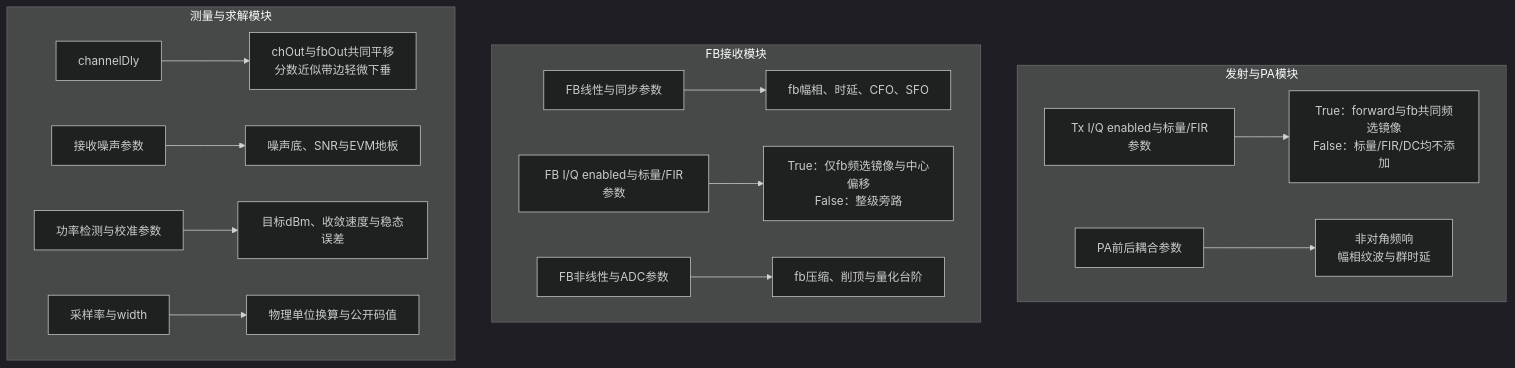
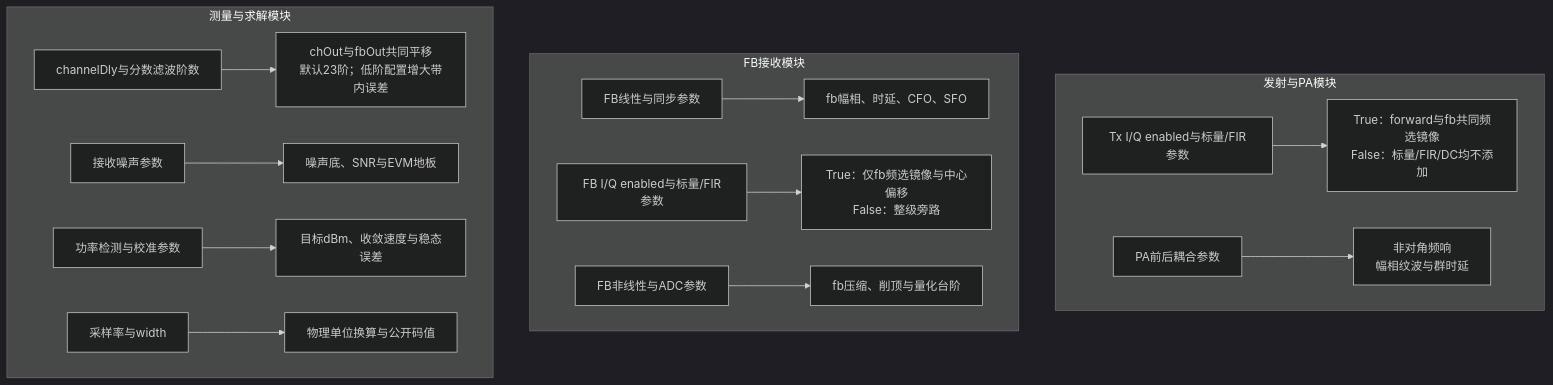
Before and after one commit to niyilu45/DPD_ILC: the sixth of 9 diagrams in doc/Channel.md, drawn with Mermaid (dark theme). The commit also changed other lines of this file and 6 other files, not shown here.

Commit message:
Improve Channel fractional delay accuracy

````diff
--- a/doc/Channel.md
+++ b/doc/Channel.md
@@ -1348,18 +1371,18 @@
 ```mermaid
 flowchart TB
     subgraph transmitter["发射与PA模块"]
         txIq["Tx I/Q enabled与标量/FIR参数"] --> txObs["True：forward与fb共同频选镜像<br/>False：标量/FIR/DC均不添加"]
         coupling["PA前后耦合参数"] --> couplingObs["非对角频响<br/>幅相纹波与群时延"]
     end
     subgraph feedback["FB接收模块"]
         fbSync["FB线性与同步参数"] --> syncObs["fb幅相、时延、CFO、SFO"]
         fbIq["FB I/Q enabled与标量/FIR参数"] --> fbIqObs["True：仅fb频选镜像与中心偏移<br/>False：整级旁路"]
         fbNonlinear["FB非线性与ADC参数"] --> fbNonlinearObs["fb压缩、削顶与量化台阶"]
     end
     subgraph measurement["测量与求解模块"]
-        commonDelay["channelDly"] --> delayObs["chOut与fbOut共同平移<br/>分数近似带边轻微下垂"]
+        commonDelay["channelDly与分数滤波阶数"] --> delayObs["chOut与fbOut共同平移<br/>默认23阶；低阶配置增大带内误差"]
         noise["接收噪声参数"] --> noiseObs["噪声底、SNR与EVM地板"]
         calibration["功率检测与校准参数"] --> calibrationObs["目标dBm、收敛速度与稳态误差"]
         interface["采样率与width"] --> interfaceObs["物理单位换算与公开码值"]
     end
 ```
````
